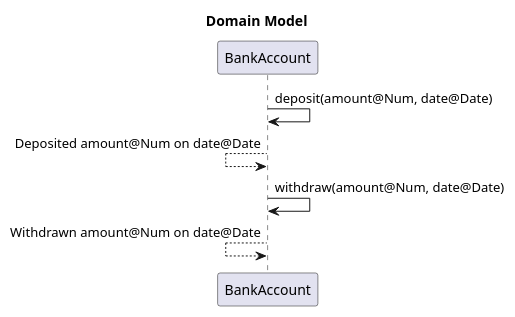
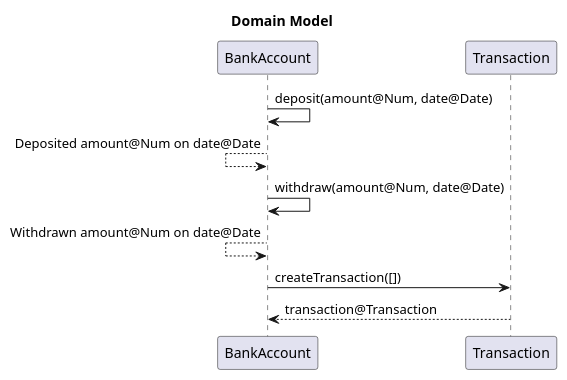
Before and after one commit to tangjm/bank_challenge: the diagram in docs/domainModel.puml, drawn with PlantUML.

Commit message:
Add puml file

```diff
--- a/docs/domainModel.puml
+++ b/docs/domainModel.puml
@@ -1,9 +1,13 @@
 @startuml Bank
 title Domain Model
 BankAccount -> BankAccount: deposit(amount@Num, date@Date)
 BankAccount <-- BankAccount: Deposited amount@Num on date@Date
 BankAccount -> BankAccount: withdraw(amount@Num, date@Date)
 BankAccount <-- BankAccount: Withdrawn amount@Num on date@Date
 
+BankAccount -> Transaction: createTransaction([])
+Transaction --> BankAccount: transaction@Transaction
+
+
 
 @enduml
```
